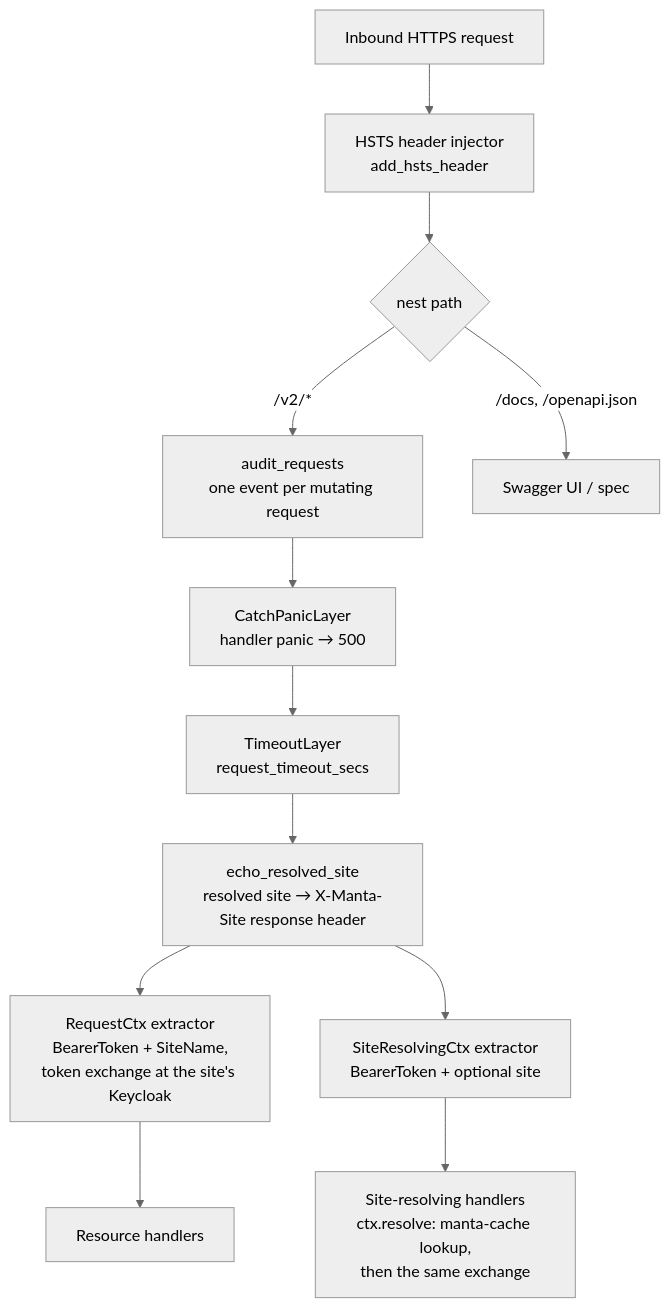
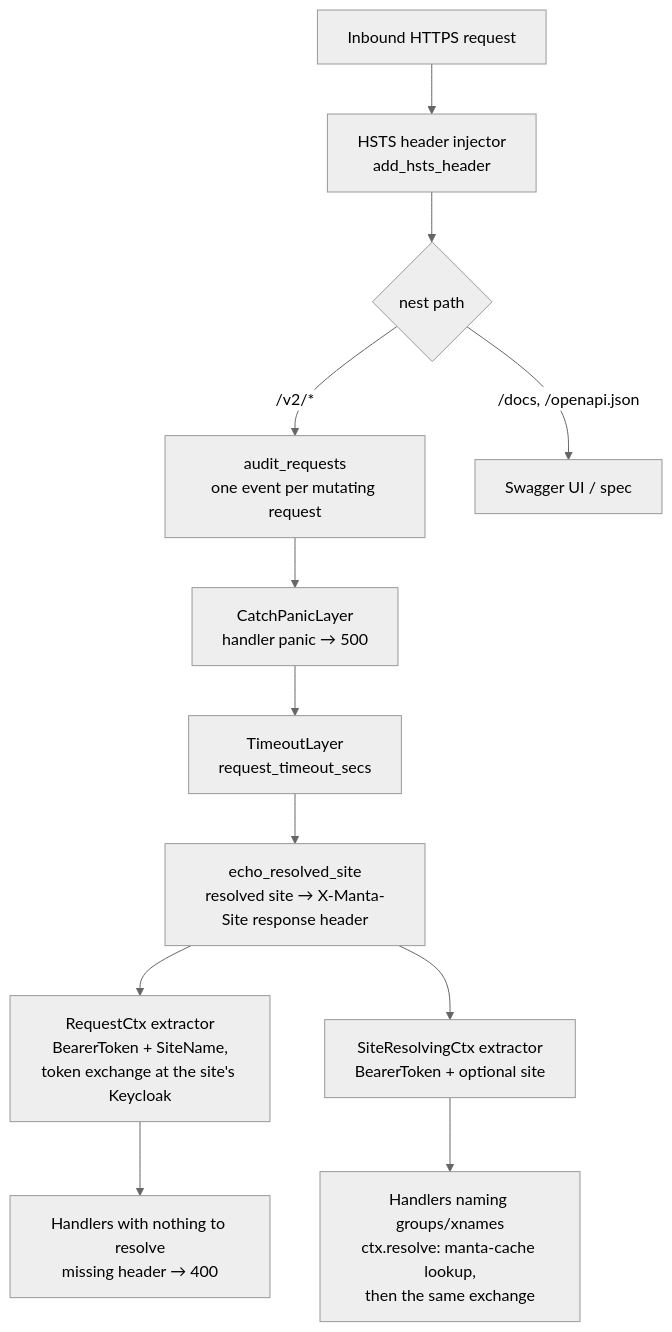
Before and after one commit to eth-cscs/manta: the third of 3 diagrams in ARCHITECTURE.md, drawn with Mermaid (neutral theme). The commit also changed other lines of this file and 60 other files, not shown here.

````diff
--- a/ARCHITECTURE.md
+++ b/ARCHITECTURE.md
@@ -352,16 +352,16 @@
 ```mermaid
 flowchart TD
     Req[Inbound HTTPS request] --> HSTS[HSTS header injector<br/>add_hsts_header]
     HSTS --> Split{nest path}
 
     Split -->|/v2/*| Aud[audit_requests<br/>one event per mutating request]
     Aud --> Panic[CatchPanicLayer<br/>handler panic → 500]
     Panic --> Tmo[TimeoutLayer<br/>request_timeout_secs]
     Tmo --> Echo[echo_resolved_site<br/>resolved site → X-Manta-Site response header]
     Echo --> Ctx[RequestCtx extractor<br/>BearerToken + SiteName,<br/>token exchange at the site's Keycloak]
-    Ctx --> Hdlr[Resource handlers]
+    Ctx --> Hdlr[Handlers with nothing to resolve<br/>missing header → 400]
     Echo --> RCtx[SiteResolvingCtx extractor<br/>BearerToken + optional site]
-    RCtx --> RHdlr[Site-resolving handlers<br/>ctx.resolve: manta-cache lookup,<br/>then the same exchange]
+    RCtx --> RHdlr[Handlers naming groups/xnames<br/>ctx.resolve: manta-cache lookup,<br/>then the same exchange]
 
     Split -->|/docs, /openapi.json| Swagger[Swagger UI / spec]
 ```
````
